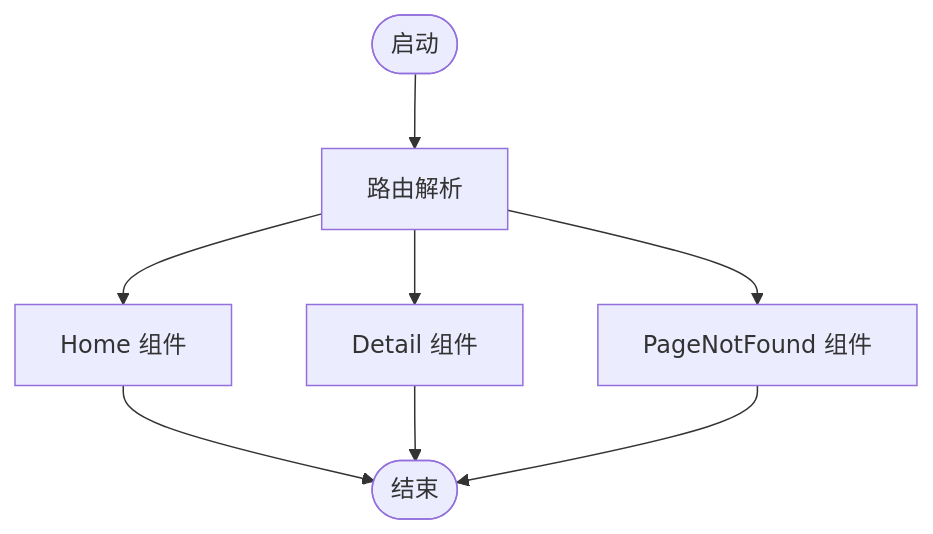
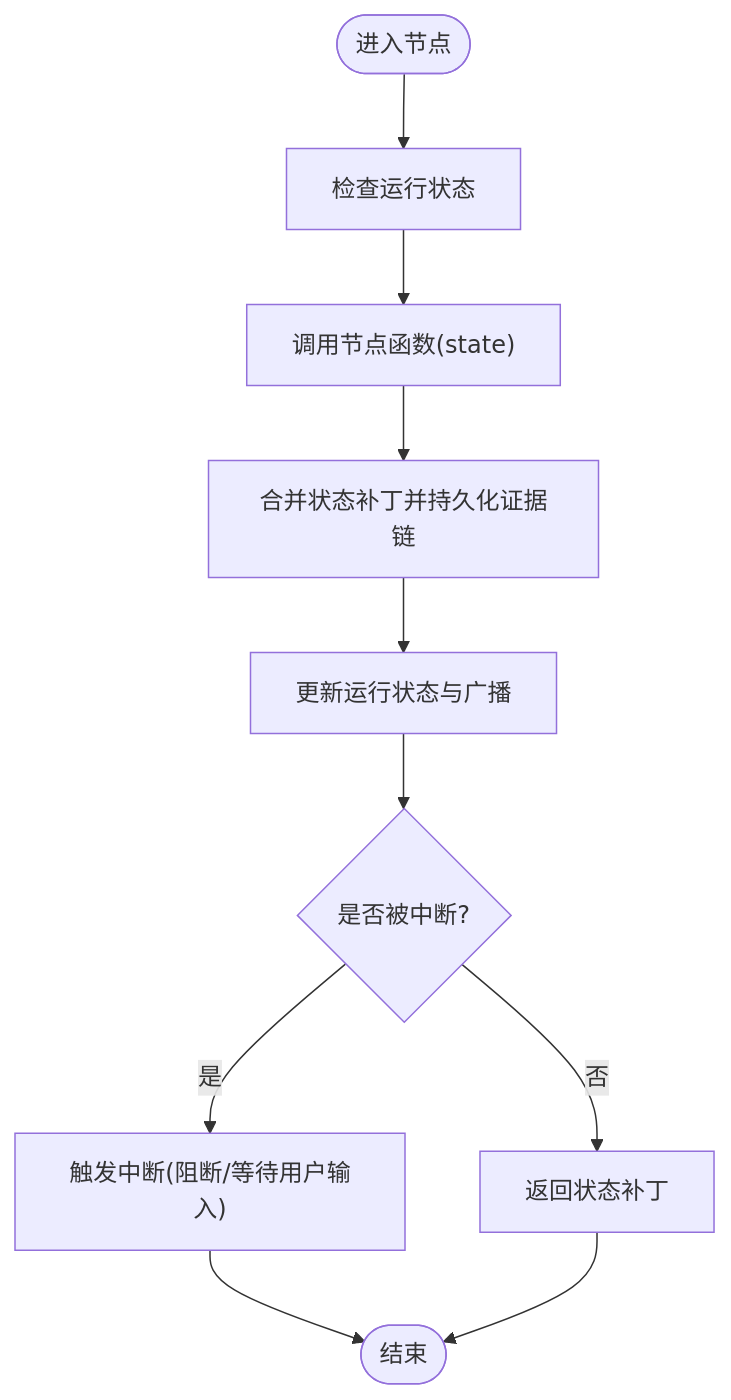
The fourth of 8 diagrams in .qoder/repowiki/zh/content/架构设计/架构设计.md (haolange/RDC-Agent), drawn with Mermaid before and after one commit. The commit also changed other lines of this file and 84 other files, not shown here.

````diff
--- a/.qoder/repowiki/zh/content/架构设计/架构设计.md
+++ b/.qoder/repowiki/zh/content/架构设计/架构设计.md
@@ -239,10 +185,12 @@
 ```mermaid
 flowchart TD
-Start(["启动"]) --> Router["路由解析"]
-Router --> Home["Home 组件"]
-Router --> Detail["Detail 组件"]
-Router --> PNF["PageNotFound 组件"]
-Home --> End(["结束"])
-Detail --> End
-PNF --> End
+Start(["进入节点"]) --> Ensure["检查运行状态"]
+Ensure --> CallNode["调用节点函数(state)"]
+CallNode --> Patch["合并状态补丁并持久化证据链"]
+Patch --> Persist["更新运行状态与广播"]
+Persist --> Next{"是否被中断?"}
+Next --> |是| Interrupt["触发中断(阻断/等待用户输入)"]
+Next --> |否| Continue["返回状态补丁"]
+Interrupt --> End(["结束"])
+Continue --> End
 ```
````
